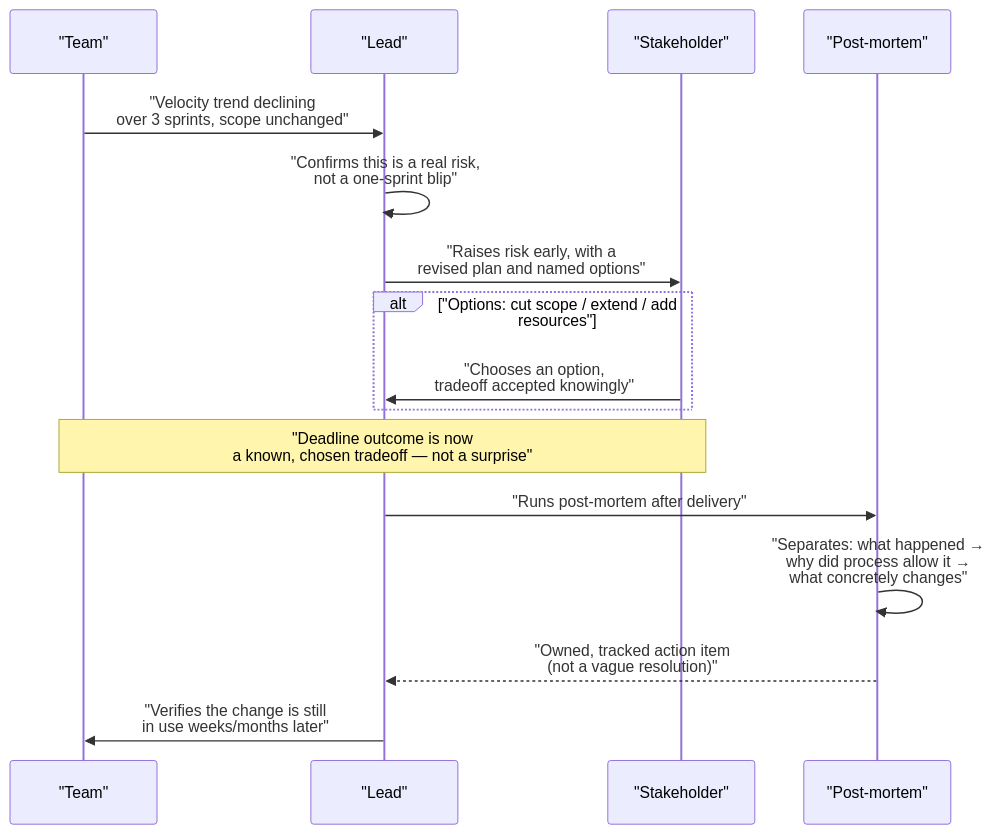
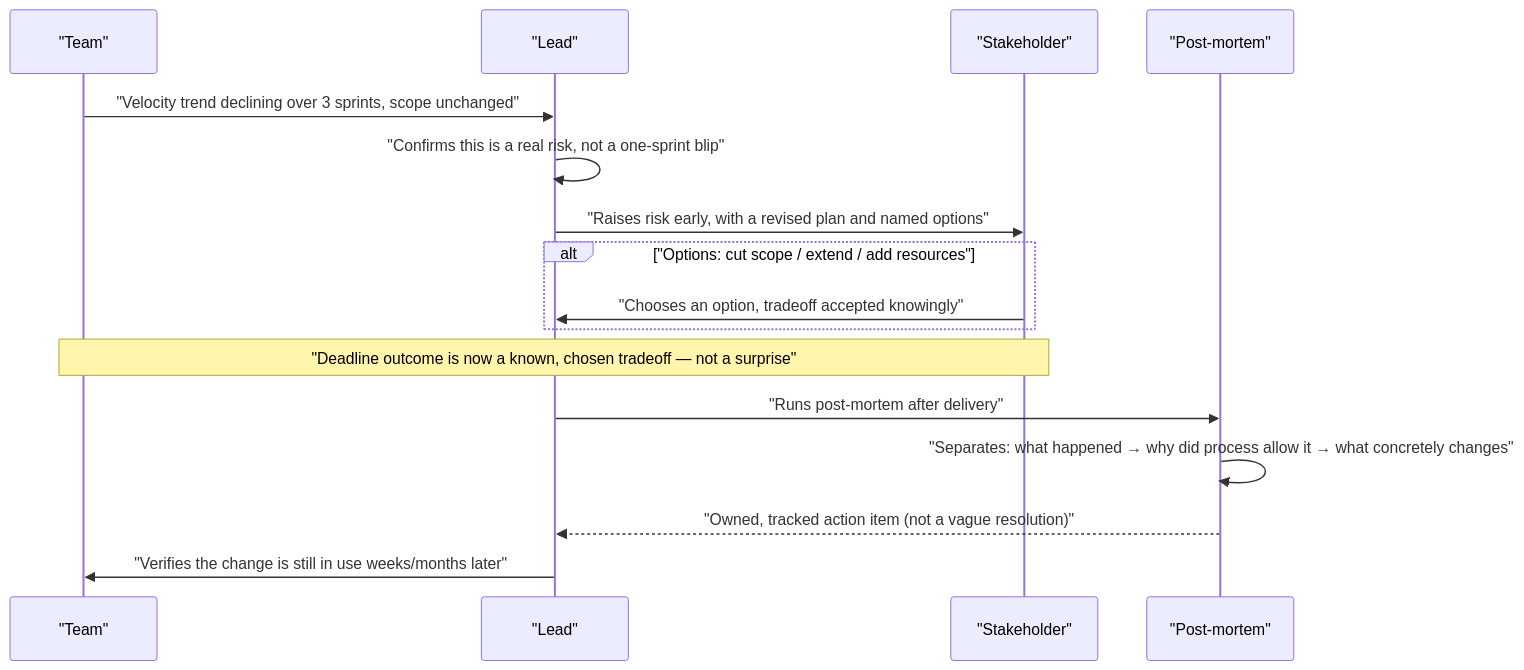
The second of 2 diagrams in data/topics/handling-failures.md (vinayakhumberi/litmus), drawn with Mermaid before and after one commit. The commit also changed other lines of this file and 68 other files, not shown here.

````diff
--- a/data/topics/handling-failures.md
+++ b/data/topics/handling-failures.md
@@ -134,19 +134,19 @@
 ```mermaid
 sequenceDiagram
     participant Team as "Team"
     participant Lead as "Lead"
     participant Stake as "Stakeholder"
     participant PM as "Post-mortem"
 
-    Team->>Lead: "Velocity trend declining<br>over 3 sprints, scope unchanged"
-    Lead->>Lead: "Confirms this is a real risk,<br>not a one-sprint blip"
-    Lead->>Stake: "Raises risk early, with a<br>revised plan and named options"
+    Team->>Lead: "Velocity trend declining over 3 sprints, scope unchanged"
+    Lead->>Lead: "Confirms this is a real risk, not a one-sprint blip"
+    Lead->>Stake: "Raises risk early, with a revised plan and named options"
     alt "Options: cut scope / extend / add resources"
-        Stake->>Lead: "Chooses an option,<br>tradeoff accepted knowingly"
+        Stake->>Lead: "Chooses an option, tradeoff accepted knowingly"
     end
-    Note over Team,Stake: "Deadline outcome is now<br>a known, chosen tradeoff — not a surprise"
+    Note over Team,Stake: "Deadline outcome is now a known, chosen tradeoff — not a surprise"
     Lead->>PM: "Runs post-mortem after delivery"
-    PM->>PM: "Separates: what happened →<br>why did process allow it →<br>what concretely changes"
-    PM-->>Lead: "Owned, tracked action item<br>(not a vague resolution)"
-    Lead->>Team: "Verifies the change is still<br>in use weeks/months later"
+    PM->>PM: "Separates: what happened → why did process allow it → what concretely changes"
+    PM-->>Lead: "Owned, tracked action item (not a vague resolution)"
+    Lead->>Team: "Verifies the change is still in use weeks/months later"
 ```
````
